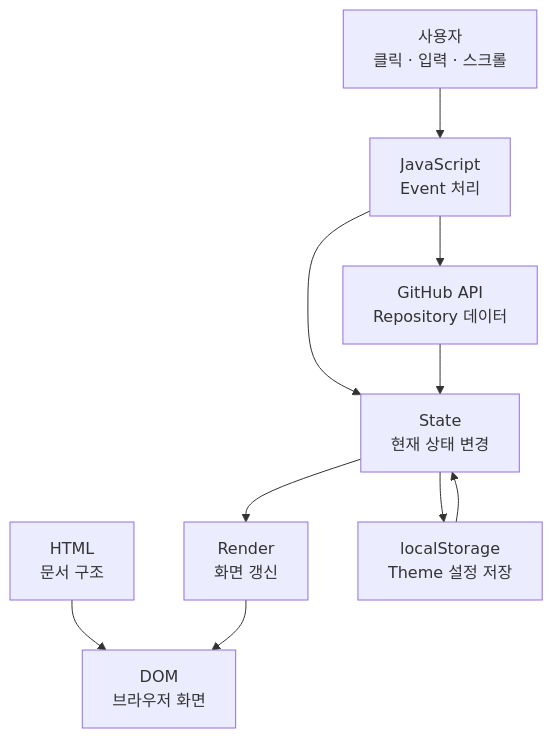
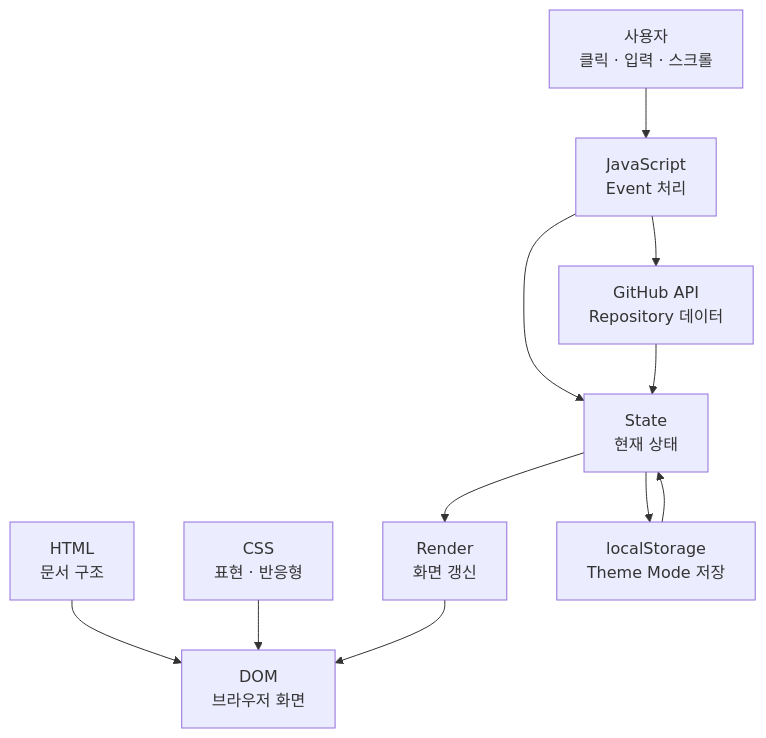
One commit to MetaStudy999/codyssey-basic-web-portfolio changed the first of 6 diagrams in training/round-02-clear/docs/peer-evaluation-1page.md. Above: the diagram before and after it, drawn with Mermaid. The commit also changed other lines of this file, not shown here.

````diff
--- a/training/round-02-clear/docs/peer-evaluation-1page.md
+++ b/training/round-02-clear/docs/peer-evaluation-1page.md
@@ -25,21 +30,23 @@
 ```mermaid
 flowchart TD
-    A["사용자<br/>클릭 · 입력 · 스크롤"]
-    B["HTML<br/>문서 구조"]
-    C["JavaScript<br/>Event 처리"]
-    D["State<br/>현재 상태 변경"]
-    E["Render<br/>화면 갱신"]
-    F["DOM<br/>브라우저 화면"]
+    U["사용자<br/>클릭 · 입력 · 스크롤"]
+    H["HTML<br/>문서 구조"]
+    C["CSS<br/>표현 · 반응형"]
+    J["JavaScript<br/>Event 처리"]
+    S["State<br/>현재 상태"]
+    R["Render<br/>화면 갱신"]
+    D["DOM<br/>브라우저 화면"]
     G["GitHub API<br/>Repository 데이터"]
-    H["localStorage<br/>Theme 설정 저장"]
+    L["localStorage<br/>Theme Mode 저장"]
 
-    A --> C
-    B --> F
+    H --> D
     C --> D
-    D --> E
-    E --> F
-    C --> G
-    G --> D
-    D --> H
-    H --> D
+    U --> J
+    J --> S
+    S --> R
+    R --> D
+    J --> G
+    G --> S
+    S --> L
+    L --> S
 ```
````
